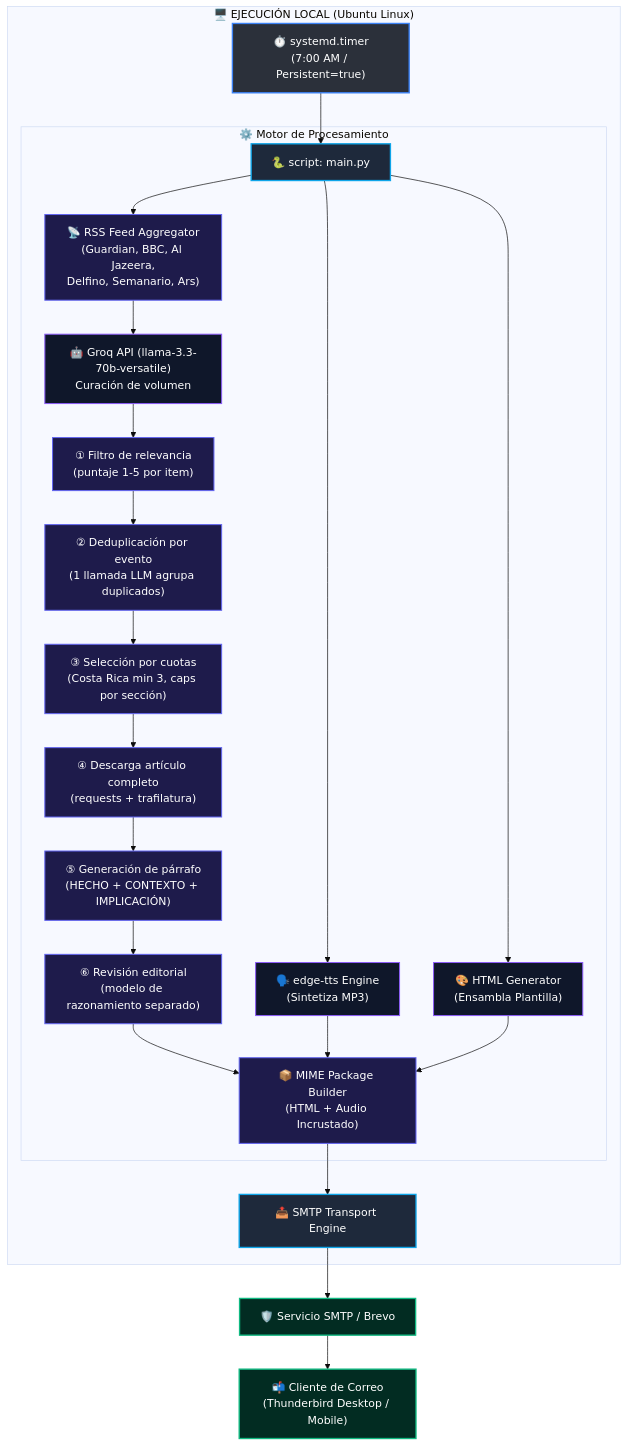
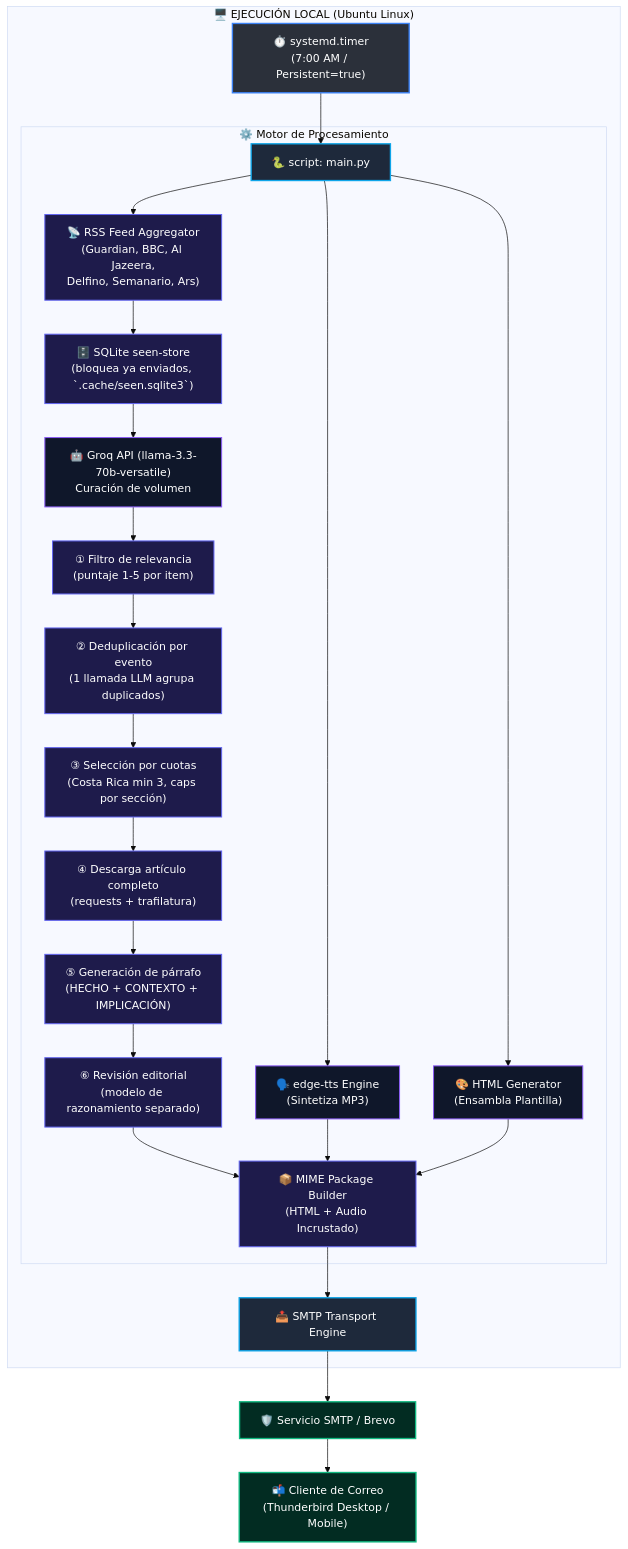
Before and after one commit to rodneyara-live/digest13: the diagram in BLUEPRINT.md, drawn with Mermaid (base theme). The commit also changed other lines of this file and 4 other files, not shown here.

Commit message:
feat: cross-day dedup via SQLite seen-store (block already-sent articles)

````diff
--- a/BLUEPRINT.md
+++ b/BLUEPRINT.md
@@ -11,35 +11,36 @@
 ```mermaid
 flowchart TD
     %% Estilos de Nodos
     classDef systemd fill:#2b303a,stroke:#3b82f6,stroke-width:2px,color:#fff
     classDef script fill:#1e293b,stroke:#0ea5e9,stroke-width:2px,color:#fff
     classDef api fill:#0f172a,stroke:#8b5cf6,stroke-width:1.5px,color:#fff
     classDef process fill:#1e1b4b,stroke:#6366f1,stroke-width:1.5px,color:#fff
     classDef client fill:#022c22,stroke:#10b981,stroke-width:2px,color:#fff
 
     subgraph OS ["🖥️ EJECUCIÓN LOCAL (Ubuntu Linux)"]
         A["⏱️ systemd.timer<br/>(7:00 AM / Persistent=true)"]:::systemd --> B["🐍 script: main.py"]:::script
 
         subgraph Pipeline ["⚙️ Motor de Procesamiento"]
             B --> C["📡 RSS Feed Aggregator<br/>(Guardian, BBC, Al Jazeera,<br/>Delfino, Semanario, Ars)"]:::process
-            C --> D["🤖 Groq API (llama-3.3-70b-versatile)<br/>Curación de volumen"]:::api
+            C --> C1["🗄️ SQLite seen-store<br/>(bloquea ya enviados, `.cache/seen.sqlite3`)"]:::process
+            C1 --> D["🤖 Groq API (llama-3.3-70b-versatile)<br/>Curación de volumen"]:::api
             D --> D1["① Filtro de relevancia<br/>(puntaje 1-5 por item)"]:::process
             D1 --> D1a["② Deduplicación por evento<br/>(1 llamada LLM agrupa duplicados)"]:::process
             D1a --> D2["③ Selección por cuotas<br/>(Costa Rica min 3, caps por sección)"]:::process
             D2 --> D3["④ Descarga artículo completo<br/>(requests + trafilatura)"]:::process
             D3 --> D4["⑤ Generación de párrafo<br/>(HECHO + CONTEXTO + IMPLICACIÓN)"]:::process
             D4 --> D5["⑥ Revisión editorial<br/>(modelo de razonamiento separado)"]:::process
             B --> E["🗣️ edge-tts Engine<br/>(Sintetiza MP3)"]:::api
             B --> F["🎨 HTML Generator<br/>(Ensambla Plantilla)"]:::api
 
             D5 --> G["📦 MIME Package Builder<br/>(HTML + Audio Incrustado)"]:::process
             E --> G
             F --> G
         end
 
         G --> H["📤 SMTP Transport Engine"]:::script
     end
 
     H --> I["🛡️ Servicio SMTP / Brevo"]:::client
     I --> J["📬 Cliente de Correo<br/>(Thunderbird Desktop / Mobile)"]:::client
 ```
````
